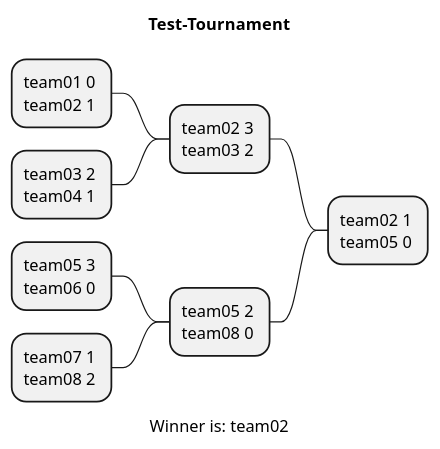
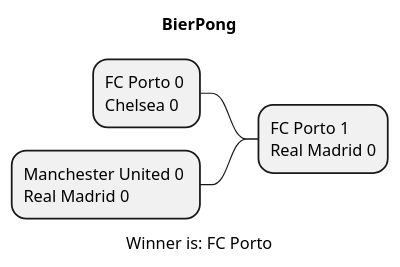
Before and after one commit to htl-leonding-project/2022-4ahif-autohaus: the diagram in asciidocs/plantuml/Result.puml, drawn with PlantUML. The commit also changed 4 other files, not shown here.

```diff
--- a/asciidocs/plantuml/Result.puml
+++ b/asciidocs/plantuml/Result.puml
@@ -1,18 +1,10 @@
-@startmindmap Test-Tournament.png
-title Test-Tournament
+@startmindmap BierPong.png
+title BierPong
 
-- team02 1 \nteam05 0
+- FC Porto 1 \nReal Madrid 0
 
--- team02 3 \nteam03 2
+-- FC Porto 0 \nChelsea 0
 
---- team01 0 \nteam02 1
-
---- team03 2 \nteam04 1
-
--- team05 2 \nteam08 0
-
---- team05 3 \nteam06 0
-
---- team07 1 \nteam08 2
-caption Winner is: team02
+-- Manchester United 0 \nReal Madrid 0
+caption Winner is: FC Porto
 @endmindmap
```
